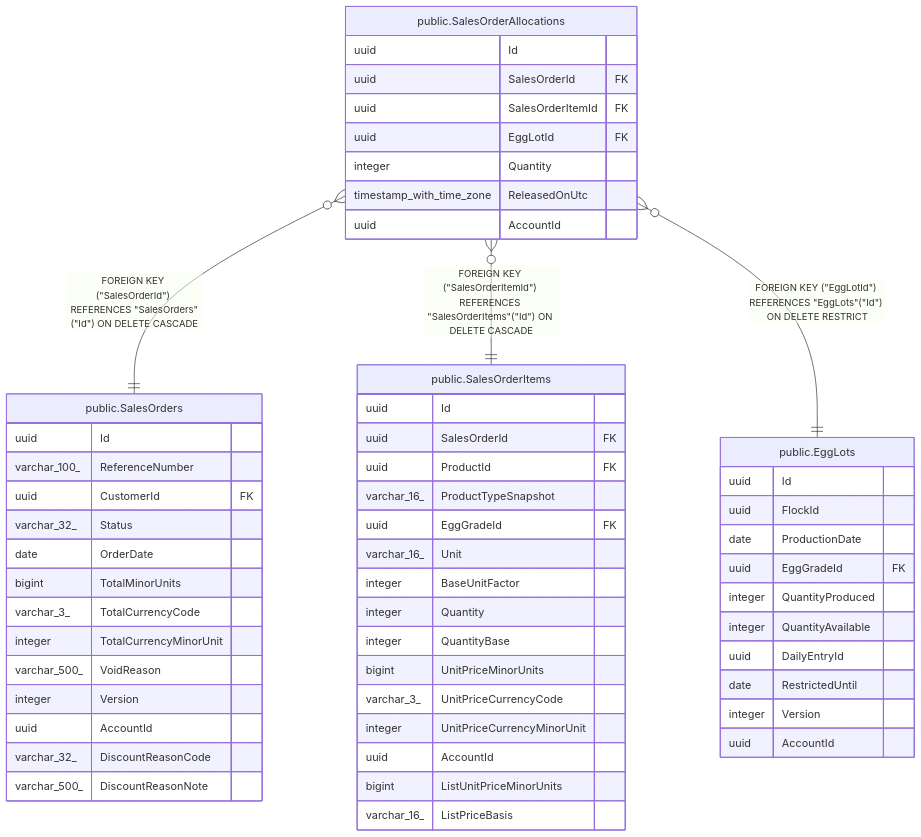
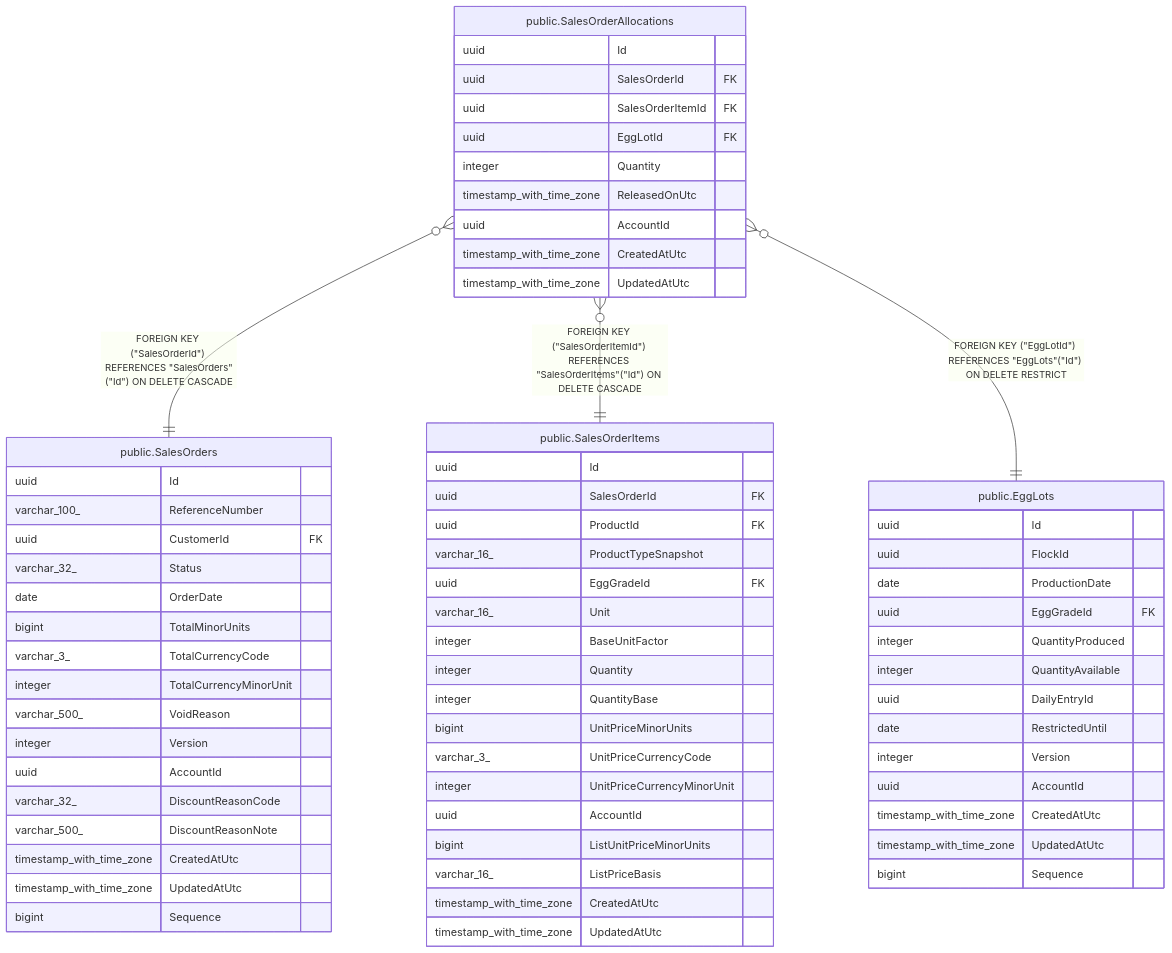
The diagram in docs/schema/public.SalesOrderAllocations.md (mforce/cluckwork), drawn with Mermaid before and after one commit. The commit also changed other lines of this file and 105 other files, not shown here.

````diff
--- a/docs/schema/public.SalesOrderAllocations.md
+++ b/docs/schema/public.SalesOrderAllocations.md
@@ -47,61 +57,71 @@
 ```mermaid
 erDiagram
 
 "public.SalesOrderAllocations" }o--|| "public.SalesOrders" : "FOREIGN KEY (#quot;SalesOrderId#quot;) REFERENCES #quot;SalesOrders#quot;(#quot;Id#quot;) ON DELETE CASCADE"
 "public.SalesOrderAllocations" }o--|| "public.SalesOrderItems" : "FOREIGN KEY (#quot;SalesOrderItemId#quot;) REFERENCES #quot;SalesOrderItems#quot;(#quot;Id#quot;) ON DELETE CASCADE"
 "public.SalesOrderAllocations" }o--|| "public.EggLots" : "FOREIGN KEY (#quot;EggLotId#quot;) REFERENCES #quot;EggLots#quot;(#quot;Id#quot;) ON DELETE RESTRICT"
 
 "public.SalesOrderAllocations" {
   uuid Id
   uuid SalesOrderId FK
   uuid SalesOrderItemId FK
   uuid EggLotId FK
   integer Quantity
   timestamp_with_time_zone ReleasedOnUtc
   uuid AccountId
+  timestamp_with_time_zone CreatedAtUtc
+  timestamp_with_time_zone UpdatedAtUtc
 }
 "public.SalesOrders" {
   uuid Id
   varchar_100_ ReferenceNumber
   uuid CustomerId FK
   varchar_32_ Status
   date OrderDate
   bigint TotalMinorUnits
   varchar_3_ TotalCurrencyCode
   integer TotalCurrencyMinorUnit
   varchar_500_ VoidReason
   integer Version
   uuid AccountId
   varchar_32_ DiscountReasonCode
   varchar_500_ DiscountReasonNote
+  timestamp_with_time_zone CreatedAtUtc
+  timestamp_with_time_zone UpdatedAtUtc
+  bigint Sequence
 }
 "public.SalesOrderItems" {
   uuid Id
   uuid SalesOrderId FK
   uuid ProductId FK
   varchar_16_ ProductTypeSnapshot
   uuid EggGradeId FK
   varchar_16_ Unit
   integer BaseUnitFactor
   integer Quantity
   integer QuantityBase
   bigint UnitPriceMinorUnits
   varchar_3_ UnitPriceCurrencyCode
   integer UnitPriceCurrencyMinorUnit
   uuid AccountId
   bigint ListUnitPriceMinorUnits
   varchar_16_ ListPriceBasis
+  timestamp_with_time_zone CreatedAtUtc
+  timestamp_with_time_zone UpdatedAtUtc
 }
 "public.EggLots" {
   uuid Id
   uuid FlockId
   date ProductionDate
   uuid EggGradeId FK
   integer QuantityProduced
   integer QuantityAvailable
   uuid DailyEntryId
   date RestrictedUntil
   integer Version
   uuid AccountId
+  timestamp_with_time_zone CreatedAtUtc
+  timestamp_with_time_zone UpdatedAtUtc
+  bigint Sequence
 }
 ```
````
